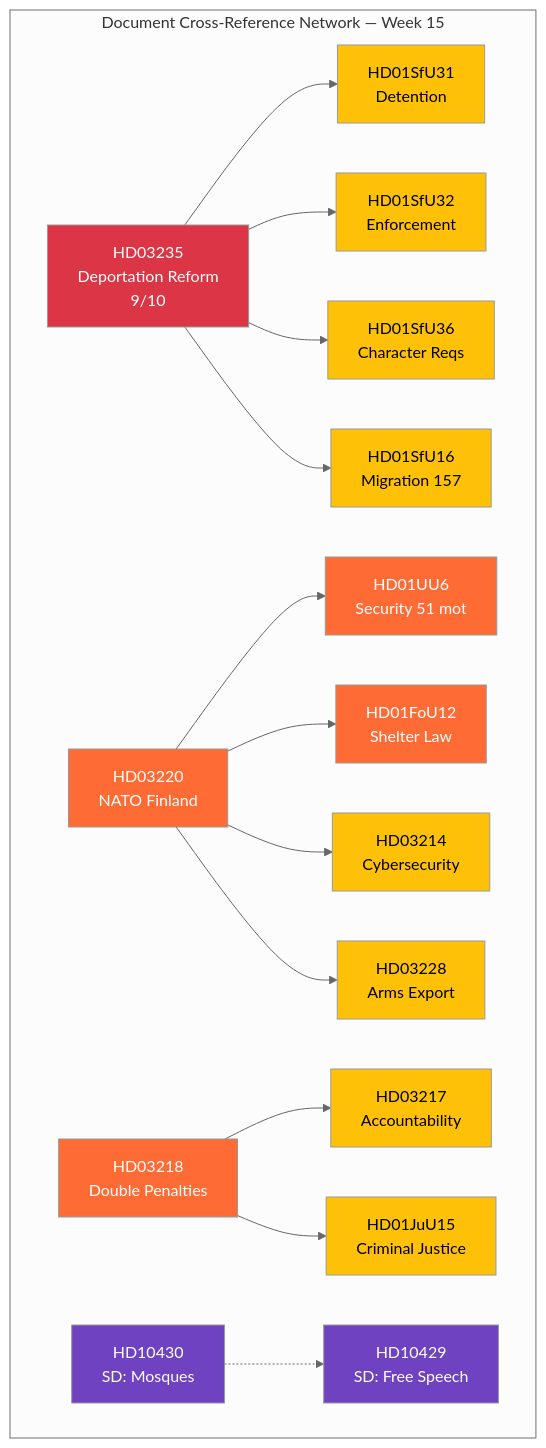
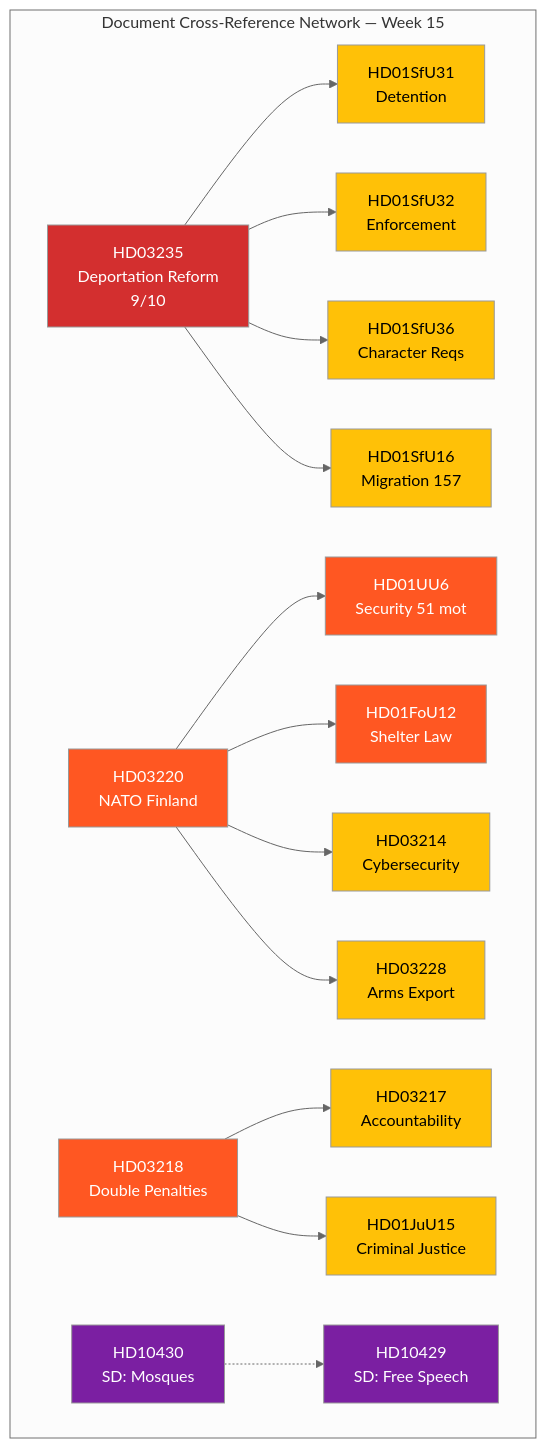
The diagram in analysis/daily/2026-04-11/evening-analysis/cross-reference-map.md (Hack23/riksdagsmonitor), drawn with Mermaid (neutral theme) before and after one commit. The commit also changed 785 other files, not shown here.

First line of the commit message:
Normalize mermaid colors across 786 analysis artifacts to ISMS Style Guide palette

````diff
--- a/analysis/daily/2026-04-11/evening-analysis/cross-reference-map.md
+++ b/analysis/daily/2026-04-11/evening-analysis/cross-reference-map.md
@@ -16,35 +16,35 @@
 ```mermaid
 graph TD
     subgraph "Document Cross-Reference Network — Week 15"
         HD03235["HD03235<br/>Deportation Reform<br/>9/10"] --> HD01SfU31["HD01SfU31<br/>Detention"]
         HD03235 --> HD01SfU32["HD01SfU32<br/>Enforcement"]
         HD03235 --> HD01SfU36["HD01SfU36<br/>Character Reqs"]
         HD03235 --> HD01SfU16["HD01SfU16<br/>Migration 157"]
 
         HD03220["HD03220<br/>NATO Finland"] --> HD01UU6["HD01UU6<br/>Security 51 mot"]
         HD03220 --> HD01FoU12["HD01FoU12<br/>Shelter Law"]
         HD03220 --> HD03214["HD03214<br/>Cybersecurity"]
         HD03220 --> HD03228["HD03228<br/>Arms Export"]
 
         HD03218["HD03218<br/>Double Penalties"] --> HD03217["HD03217<br/>Accountability"]
         HD03218 --> HD01JuU15["HD01JuU15<br/>Criminal Justice"]
 
         HD10430["HD10430<br/>SD: Mosques"] -.-> HD10429["HD10429<br/>SD: Free Speech"]
     end
 
-    style HD03235 fill:#dc3545,color:#fff
-    style HD03220 fill:#ff6b35,color:#fff
-    style HD03218 fill:#ff6b35,color:#fff
-    style HD01SfU31 fill:#ffc107,color:#000
-    style HD01SfU32 fill:#ffc107,color:#000
-    style HD01SfU36 fill:#ffc107,color:#000
-    style HD01UU6 fill:#ff6b35,color:#fff
-    style HD01FoU12 fill:#ff6b35,color:#fff
-    style HD03214 fill:#ffc107,color:#000
-    style HD03228 fill:#ffc107,color:#000
-    style HD03217 fill:#ffc107,color:#000
-    style HD01JuU15 fill:#ffc107,color:#000
-    style HD01SfU16 fill:#ffc107,color:#000
-    style HD10430 fill:#6f42c1,color:#fff
-    style HD10429 fill:#6f42c1,color:#fff
+    style HD03235 fill:#D32F2F,color:#FFFFFF
+    style HD03220 fill:#FF5722,color:#FFFFFF
+    style HD03218 fill:#FF5722,color:#FFFFFF
+    style HD01SfU31 fill:#FFC107,color:#000000
+    style HD01SfU32 fill:#FFC107,color:#000000
+    style HD01SfU36 fill:#FFC107,color:#000000
+    style HD01UU6 fill:#FF5722,color:#FFFFFF
+    style HD01FoU12 fill:#FF5722,color:#FFFFFF
+    style HD03214 fill:#FFC107,color:#000000
+    style HD03228 fill:#FFC107,color:#000000
+    style HD03217 fill:#FFC107,color:#000000
+    style HD01JuU15 fill:#FFC107,color:#000000
+    style HD01SfU16 fill:#FFC107,color:#000000
+    style HD10430 fill:#7B1FA2,color:#FFFFFF
+    style HD10429 fill:#7B1FA2,color:#FFFFFF
 ```
````
